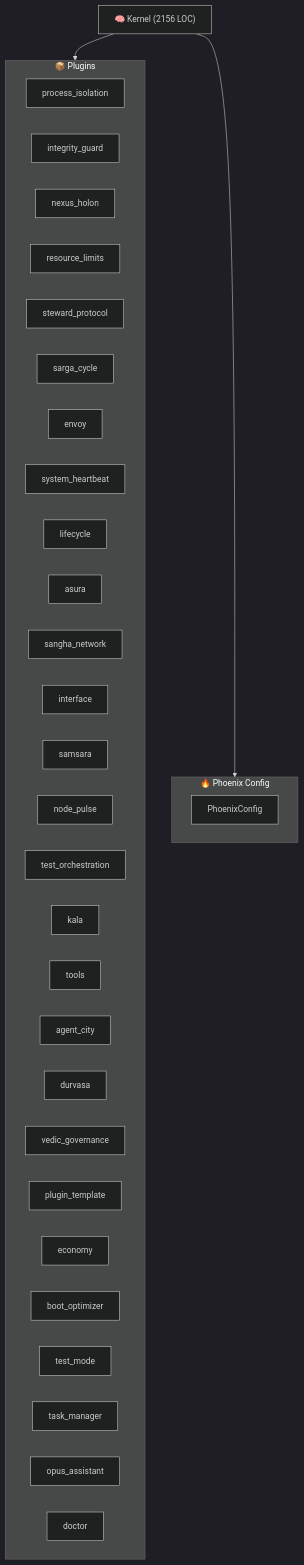
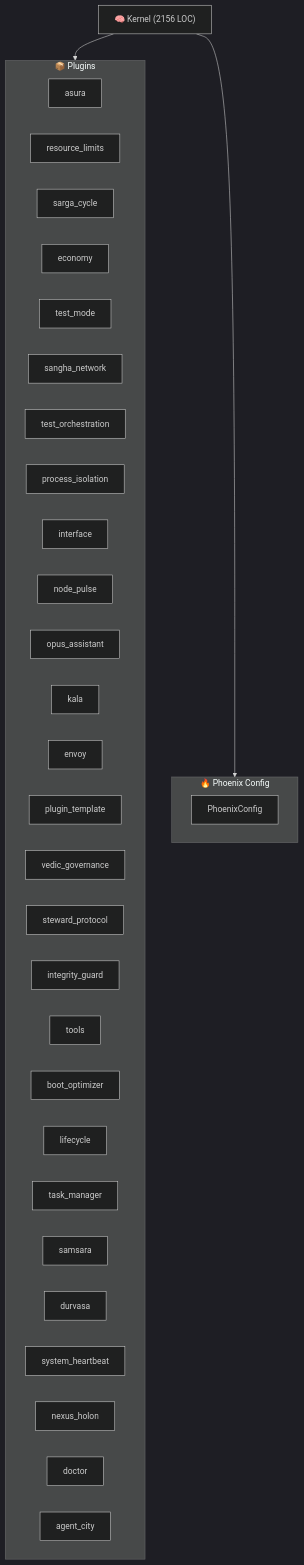
One commit to kimeisele/steward-protocol changed the diagram in ARCHITECTURE.md. Above: the diagram before and after it, drawn with Mermaid (dark theme). The commit also changed other lines of this file and 11 other files, not shown here.

````diff
--- a/ARCHITECTURE.md
+++ b/ARCHITECTURE.md
@@ -8,38 +8,38 @@
 ```mermaid
 graph TB
     K["🧠 Kernel (2156 LOC)"]
     subgraph Plugins["📦 Plugins"]
+        P_asura["asura"]
+        P_resource_limits["resource_limits"]
+        P_sarga_cycle["sarga_cycle"]
+        P_economy["economy"]
+        P_test_mode["test_mode"]
+        P_sangha_network["sangha_network"]
+        P_test_orchestration["test_orchestration"]
         P_process_isolation["process_isolation"]
+        P_interface["interface"]
+        P_node_pulse["node_pulse"]
+        P_opus_assistant["opus_assistant"]
+        P_kala["kala"]
+        P_envoy["envoy"]
+        P_plugin_template["plugin_template"]
+        P_vedic_governance["vedic_governance"]
+        P_steward_protocol["steward_protocol"]
         P_integrity_guard["integrity_guard"]
+        P_tools["tools"]
+        P_boot_optimizer["boot_optimizer"]
+        P_lifecycle["lifecycle"]
+        P_task_manager["task_manager"]
+        P_samsara["samsara"]
+        P_durvasa["durvasa"]
+        P_system_heartbeat["system_heartbeat"]
         P_nexus_holon["nexus_holon"]
-        P_resource_limits["resource_limits"]
-        P_steward_protocol["steward_protocol"]
-        P_sarga_cycle["sarga_cycle"]
-        P_envoy["envoy"]
-        P_system_heartbeat["system_heartbeat"]
-        P_lifecycle["lifecycle"]
-        P_asura["asura"]
-        P_sangha_network["sangha_network"]
-        P_interface["interface"]
-        P_samsara["samsara"]
-        P_node_pulse["node_pulse"]
-        P_test_orchestration["test_orchestration"]
-        P_kala["kala"]
-        P_tools["tools"]
+        P_doctor["doctor"]
         P_agent_city["agent_city"]
-        P_durvasa["durvasa"]
-        P_vedic_governance["vedic_governance"]
-        P_plugin_template["plugin_template"]
-        P_economy["economy"]
-        P_boot_optimizer["boot_optimizer"]
-        P_test_mode["test_mode"]
-        P_task_manager["task_manager"]
-        P_opus_assistant["opus_assistant"]
-        P_doctor["doctor"]
     end
     K --> Plugins
     subgraph Config["🔥 Phoenix Config"]
         PC[PhoenixConfig]
     end
     K --> Config
 ```
````
